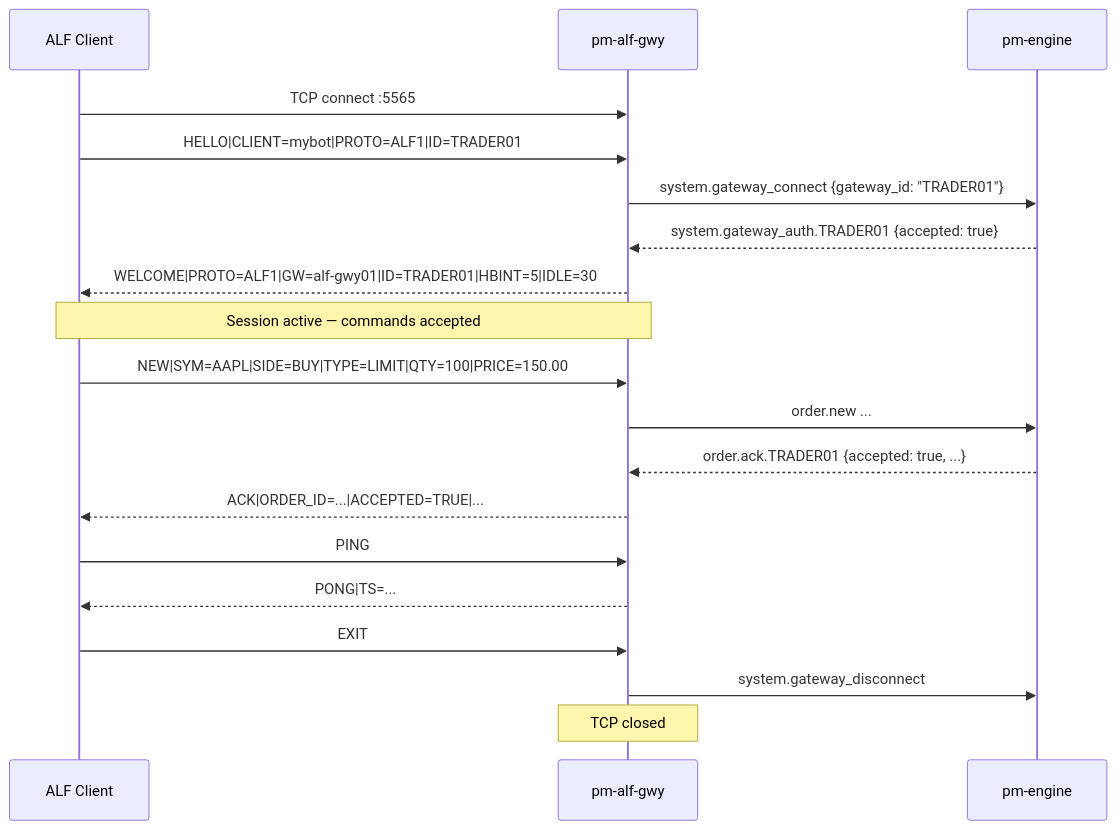
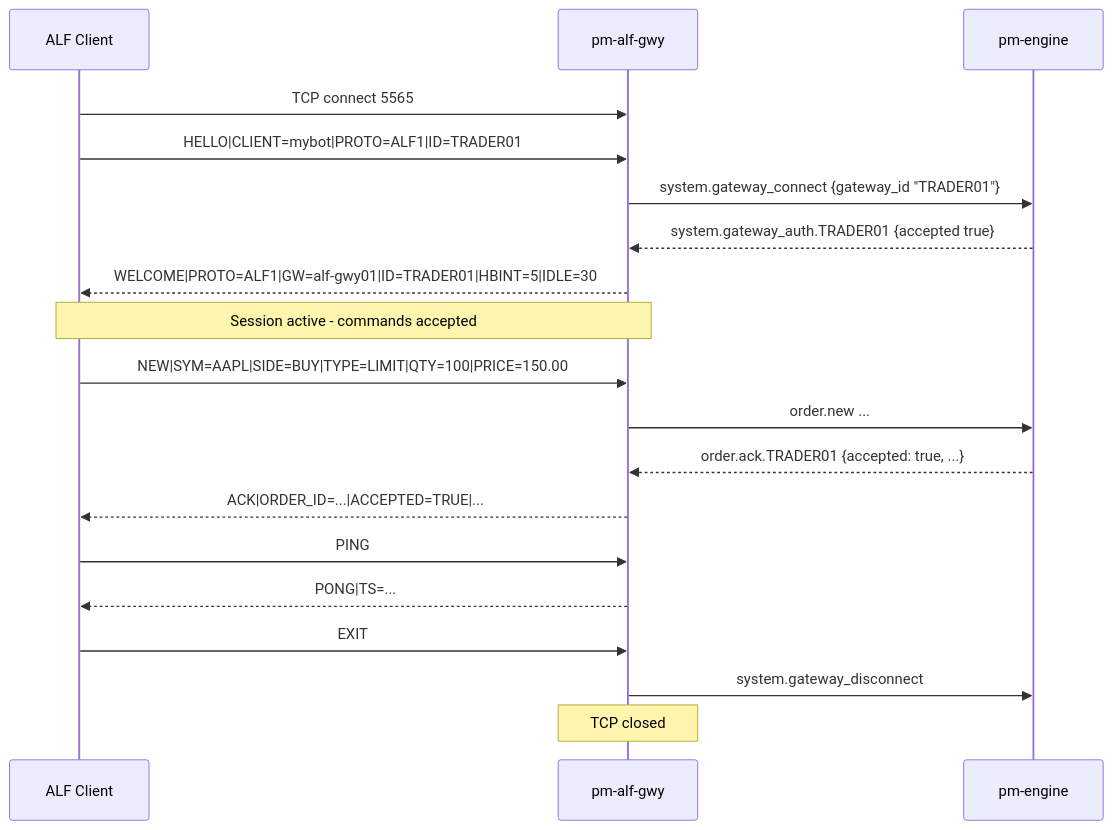
The second of 2 diagrams in docs/user-guide/220-alf-gateway.md (johan162/EduMatcher), drawn with Mermaid before and after one commit.

Commit message:
docs(user-guide): fix flaky mermaid syntax

````diff
--- a/docs/user-guide/220-alf-gateway.md
+++ b/docs/user-guide/220-alf-gateway.md
@@ -197,22 +197,22 @@
 ```mermaid
 sequenceDiagram
     participant C as ALF Client
     participant G as pm-alf-gwy
     participant E as pm-engine
 
-    C->>G: TCP connect :5565
+    C->>G: TCP connect 5565
     C->>G: HELLO|CLIENT=mybot|PROTO=ALF1|ID=TRADER01
-    G->>E: system.gateway_connect {gateway_id: "TRADER01"}
-    E-->>G: system.gateway_auth.TRADER01 {accepted: true}
+    G->>E: system.gateway_connect {gateway_id "TRADER01"}
+    E-->>G: system.gateway_auth.TRADER01 {accepted true}
     G-->>C: WELCOME|PROTO=ALF1|GW=alf-gwy01|ID=TRADER01|HBINT=5|IDLE=30
-    Note over C,G: Session active — commands accepted
+    Note over C,G: Session active - commands accepted
     C->>G: NEW|SYM=AAPL|SIDE=BUY|TYPE=LIMIT|QTY=100|PRICE=150.00
     G->>E: order.new ...
     E-->>G: order.ack.TRADER01 {accepted: true, ...}
     G-->>C: ACK|ORDER_ID=...|ACCEPTED=TRUE|...
     C->>G: PING
     G-->>C: PONG|TS=...
     C->>G: EXIT
     G->>E: system.gateway_disconnect
     Note over G: TCP closed
 ```
````
